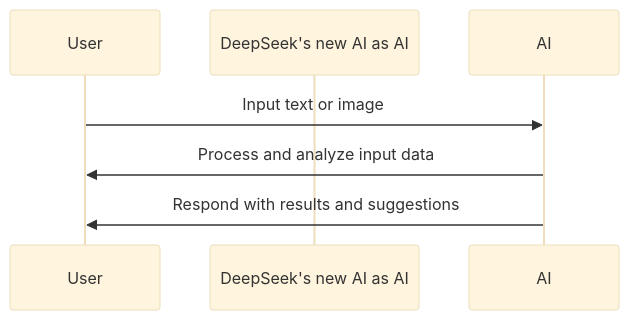
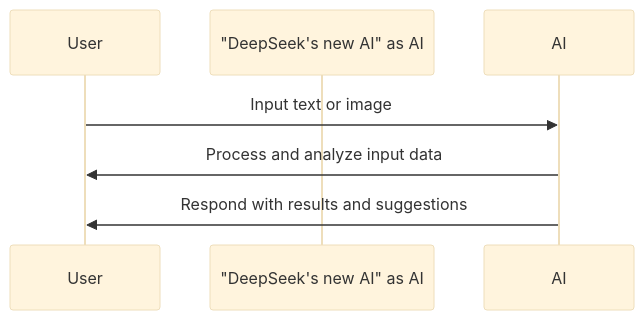
One commit to a920604a/engineernews changed the diagram in src/content/posts/tech/_2026-05-23-deepseeks-new-ai-is-a-game-changer.en.md. Above: the diagram before and after it, drawn with Mermaid (base theme). The commit also changed 6 other files, not shown here.

Commit message:
fix: auto-fix mermaid syntax errors in posts

````diff
--- a/src/content/posts/tech/_2026-05-23-deepseeks-new-ai-is-a-game-changer.en.md
+++ b/src/content/posts/tech/_2026-05-23-deepseeks-new-ai-is-a-game-changer.en.md
@@ -29,8 +29,8 @@
 ```mermaid
 sequenceDiagram
     participant User as User
-    participant DeepSeek's new AI as AI
+    participant "DeepSeek's new AI" as AI
     User->>AI: Input text or image
     AI->>User: Process and analyze input data
     AI->>User: Respond with results and suggestions
 ```
````
